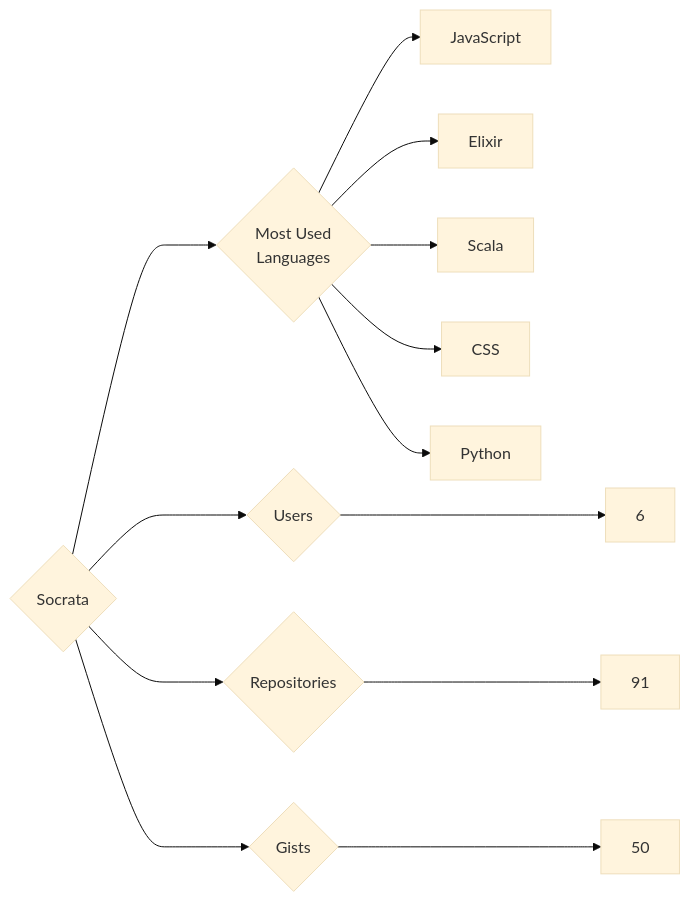
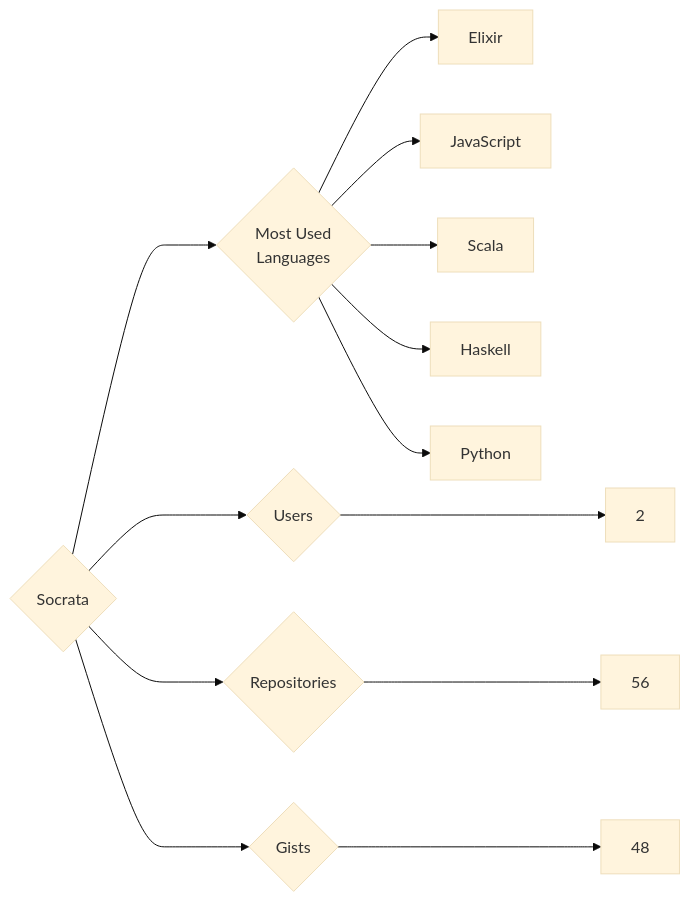
Before and after one commit to trickest/insiders: the diagram in targets/Socrata/README.md, drawn with Mermaid (base theme). The commit also changed 928 other files, not shown here.

````diff
--- a/targets/Socrata/README.md
+++ b/targets/Socrata/README.md
@@ -3,13 +3,13 @@
 ```mermaid
 graph LR
 COMPANY_NAME{Socrata}
-COMPANY_NAME ---> U{Users} ---> UN[6]
-COMPANY_NAME ---> R{Repositories} ---> RN[91]
-COMPANY_NAME ---> G{Gists} ---> GN[50]
+COMPANY_NAME ---> U{Users} ---> UN[2]
+COMPANY_NAME ---> R{Repositories} ---> RN[56]
+COMPANY_NAME ---> G{Gists} ---> GN[48]
 COMPANY_NAME ---> ML{Most Used<br>Languages}
+ML --> Elixir[Elixir]
 ML --> JavaScript[JavaScript]
-ML --> Elixir[Elixir]
 ML --> Scala[Scala]
-ML --> CSS[CSS]
+ML --> Haskell[Haskell]
 ML --> Python[Python]
 ```
````
